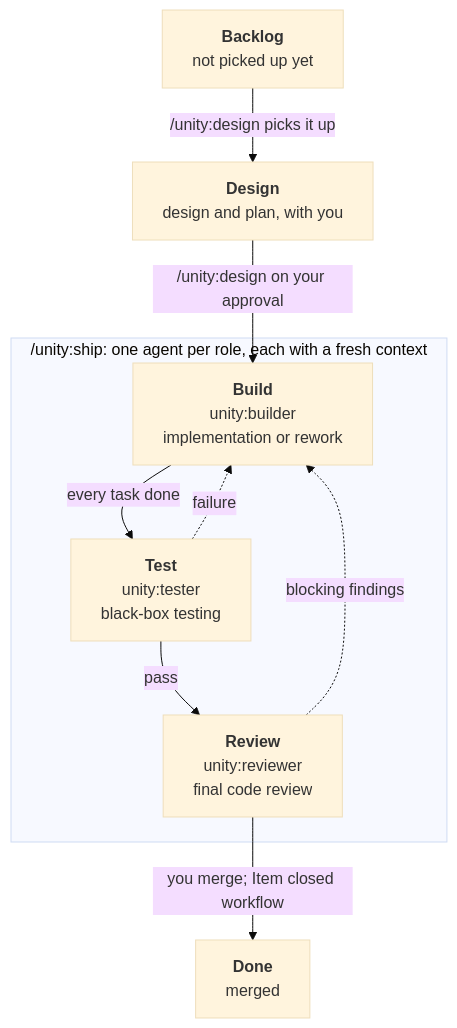
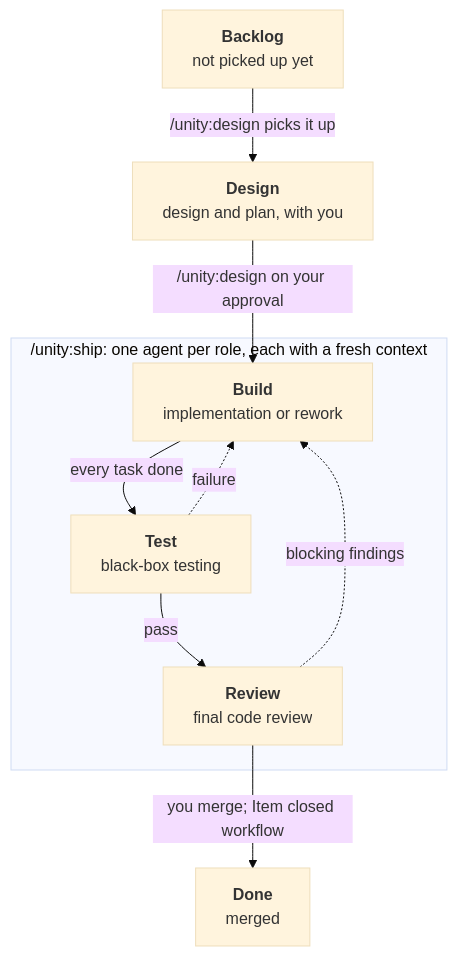
One commit to vanesterik/unity changed the diagram in README.md. Above: the diagram before and after it, drawn with Mermaid (base theme).

Commit message:
Leave the agent names out of the board diagram

````diff
--- a/README.md
+++ b/README.md
@@ -106,20 +106,20 @@
 ```mermaid
 flowchart TB
     Backlog["<b>Backlog</b><br/>not picked up yet"]
     Design["<b>Design</b><br/>design and plan, with you"]
     Done["<b>Done</b><br/>merged"]
 
     subgraph ship ["/unity:ship: one agent per role, each with a fresh context"]
-        Build["<b>Build</b><br/>unity:builder<br/>implementation or rework"]
-        Test["<b>Test</b><br/>unity:tester<br/>black-box testing"]
-        Review["<b>Review</b><br/>unity:reviewer<br/>final code review"]
+        Build["<b>Build</b><br/>implementation or rework"]
+        Test["<b>Test</b><br/>black-box testing"]
+        Review["<b>Review</b><br/>final code review"]
     end
 
     Backlog -->|"/unity:design picks it up"| Design
     Design -->|"/unity:design on your approval"| Build
     Build -->|"every task done"| Test
     Test -->|"pass"| Review
     Test -.->|"failure"| Build
     Review -.->|"blocking findings"| Build
     Review -->|"you merge; Item closed workflow"| Done
 ```
````
